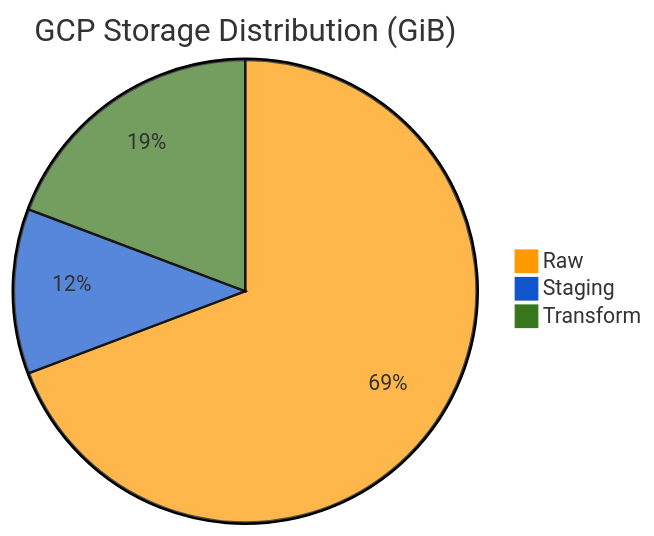
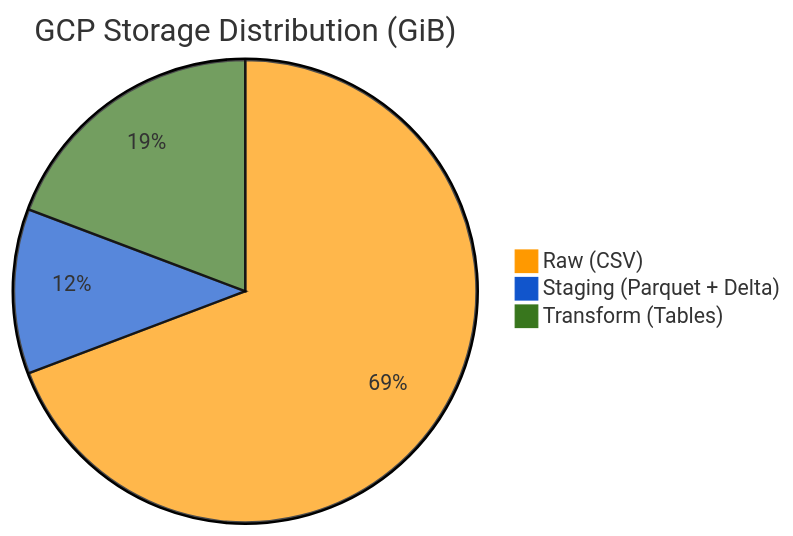
The second of 3 diagrams in README.md (nhudinh2103/Multi-platform-comparison-NYC-Taxi-dataset), drawn with Mermaid before and after one commit. The commit also changed other lines of this file, not shown here.

````diff
--- a/README.md
+++ b/README.md
@@ -286,8 +288,8 @@
 ```mermaid
 %%{init: {'theme': 'base', 'themeVariables': { 'pie1': '#ff9900', 'pie2': '#1155cc', 'pie3': '#38761d'}}}%%
 pie
     title GCP Storage Distribution (GiB)
-    "Raw" : 223.13
-    "Staging" : 37.08
-    "Transform" : 62.04
+    "Raw (CSV)" : 223.13
+    "Staging (Parquet + Delta)" : 37.08
+    "Transform (Tables)" : 62.04
 ```
````
